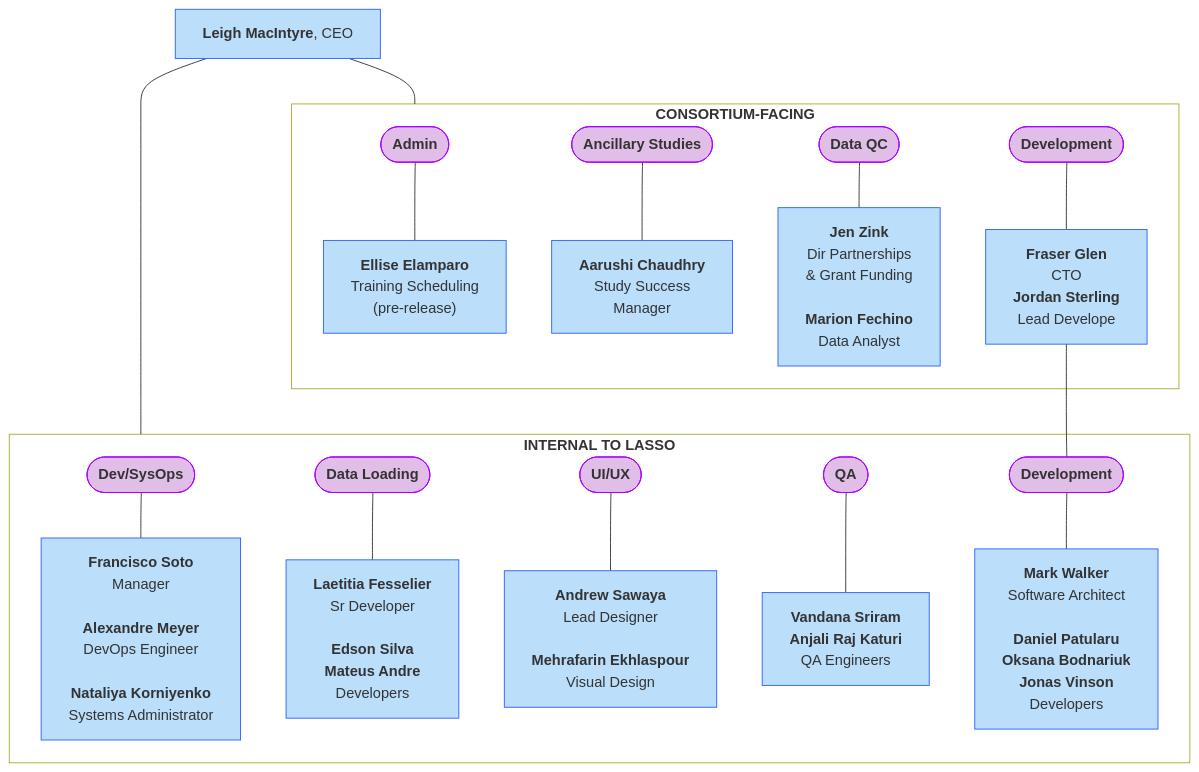
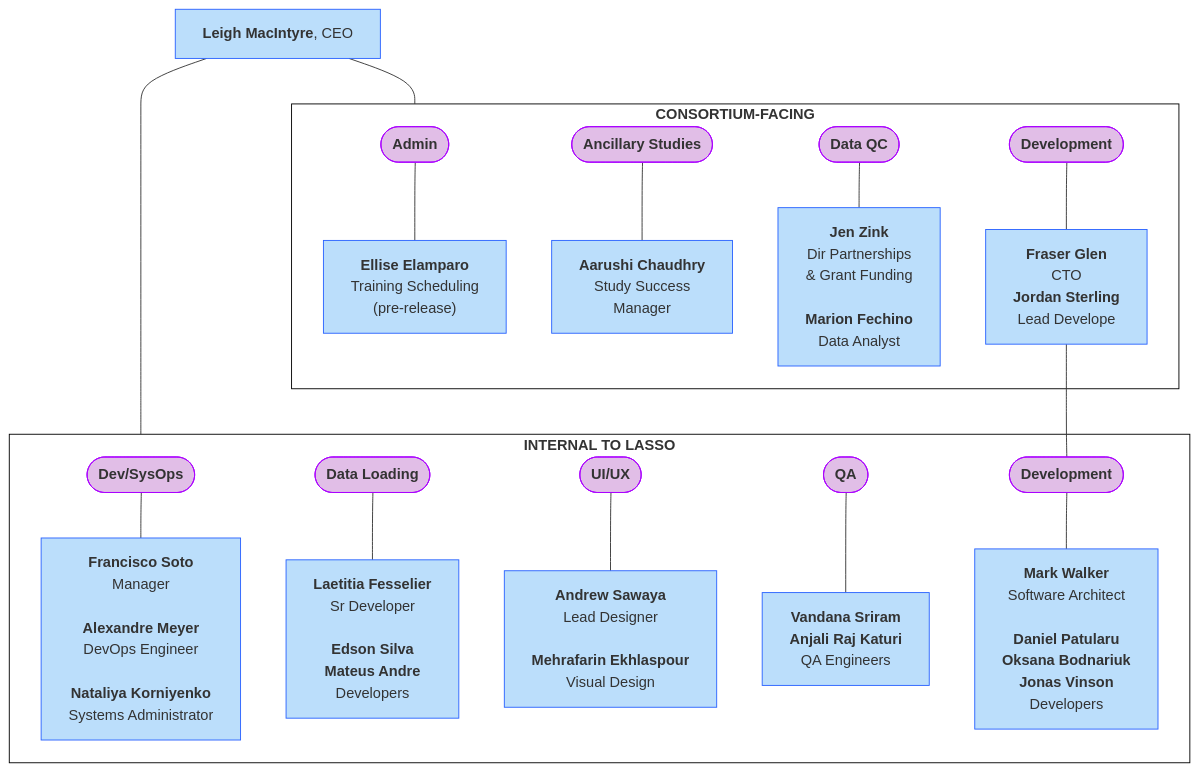
Before and after one commit to DCAN-Labs/hbcd-docs-internal: the second of 17 diagrams in docs/orgcharts_alt.md, drawn with Mermaid. The commit also changed other lines of this file, not shown here.

````diff
--- a/docs/orgcharts_alt.md
+++ b/docs/orgcharts_alt.md
@@ -67,65 +67,65 @@
 ```mermaid
 flowchart TB
  subgraph s1["<b>INTERNAL TO LASSO</b>"]
         n23(["<b>Dev/SysOps</b>"])
         n24["<b>Francisco Soto</b><br>Manager<br>
     <b>Alexandre Meyer</b><br>DevOps Engineer<br><br><b>Nataliya Korniyenko<br></b>Systems Administrator"]
         n4(["<b>Data Loading</b>"])
         n9["<b>Laetitia Fesselier</b><br>Sr Developer<br>
     <b>Edson Silva</b><br><b>Mateus Andre</b><br>Developers"]
         n29(["<b>UI/UX</b>"])
         n30["<b>Andrew Sawaya</b><br>Lead Designer<br>
     <b>Mehrafarin Ekhlaspour</b><br>Visual Design"]
         n27(["<b>QA</b>"])
         n28["<b>Vandana Sriram</b><br><b>Anjali Raj Katuri<br></b>QA Engineers"]
         n31["<b>Mark Walker</b>
         Software Architect<br>
         <b>Daniel Patularu
         Oksana Bodnariuk
         Jonas Vinson</b>
         Developers"]
         n32(["<b>Development</b>"])
   end
  subgraph s2["<b>CONSORTIUM-FACING</b>"]
         B(["<b>Admin</b>"])
         n5["<b>Ellise Elamparo</b><br>Training Scheduling<br>(pre-release)"]
         n1(["<b>Ancillary Studies</b>"])
         n6["<b>Aarushi Chaudhry<br></b>Study Success<br>Manager"]
         n2(["<b>Data QC</b>"])
         n7["<b>Jen Zink<br></b>Dir Partnerships<br>&amp; Grant Funding<br><br><b>Marion Fechino</b><br>Data Analyst"]
         n22(["<b>Development</b>"])
         n26["<b>Fraser Glen<br></b>CTO<br><b>Jordan Sterling<br></b>Lead Develope"]
   end
     B --- n5
     n1 --- n6
     n2 --- n7
     n4 --- n9
     n23 --- n24
     n22 --- n26
     n27 --- n28
     n29 --- n30
     A["<b>Leigh MacIntyre</b>, CEO"] --- s2 & s1
     n32 --- n31
     n26 --- n32
     style n23 fill:#E1BEE7,stroke:#AA00FF
     style n24 fill:#BBDEFB,stroke:#2962FF
     style n4 fill:#E1BEE7,stroke:#AA00FF
     style n9 fill:#BBDEFB,stroke:#2962FF
     style n29 fill:#E1BEE7,stroke:#AA00FF
     style n30 fill:#BBDEFB,stroke:#2962FF
     style n27 fill:#E1BEE7,stroke:#AA00FF
     style n28 fill:#BBDEFB,stroke:#2962FF
     style n31 fill:#BBDEFB,stroke:#2962FF
     style n32 fill:#E1BEE7,stroke:#AA00FF
     style B fill:#E1BEE7,stroke:#AA00FF
     style n5 fill:#BBDEFB,stroke:#2962FF
     style n1 fill:#E1BEE7,stroke:#AA00FF
     style n6 fill:#BBDEFB,stroke:#2962FF
     style n2 fill:#E1BEE7,stroke:#AA00FF
     style n7 fill:#BBDEFB,stroke:#2962FF
     style n22 fill:#E1BEE7,stroke:#AA00FF
     style n26 fill:#BBDEFB,stroke:#2962FF
     style A fill:#BBDEFB,stroke:#2962FF
-    style s2 fill:#FFFFFF
-    style s1 fill:#FFFFFF
+    style s2 fill:#FFFFFF,stroke:#000000
+    style s1 fill:#FFFFFF,stroke:#000000
 ```
````
